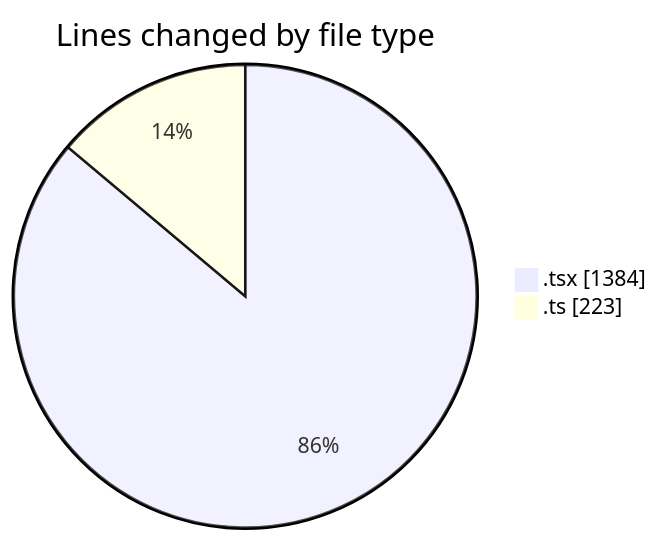
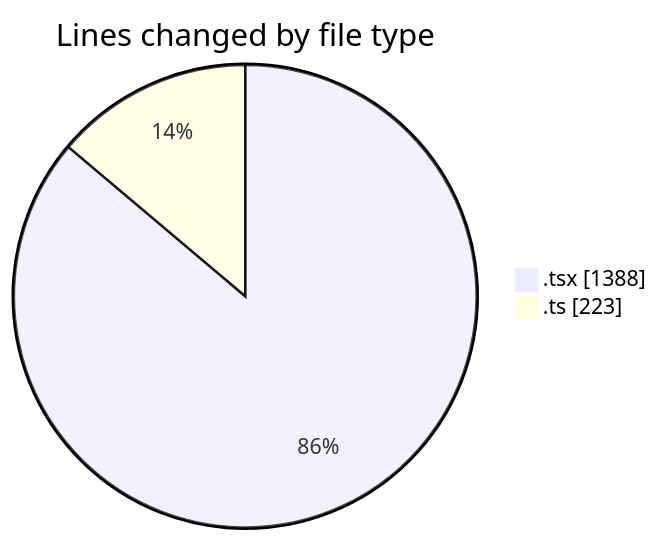
Before and after one commit to nxtqubesakshisongat/code-tracking: the first of 2 diagrams in 2026-02-04/nxtqube_webapp/README.md, drawn with Mermaid. The commit also changed other lines of this file and 1 other file, not shown here.

````diff
--- a/2026-02-04/nxtqube_webapp/README.md
+++ b/2026-02-04/nxtqube_webapp/README.md
@@ -22,6 +22,6 @@
 ```mermaid
 pie showData
 title Lines changed by file type
-".tsx" : 1384
+".tsx" : 1388
 ".ts" : 223
 ```
````
